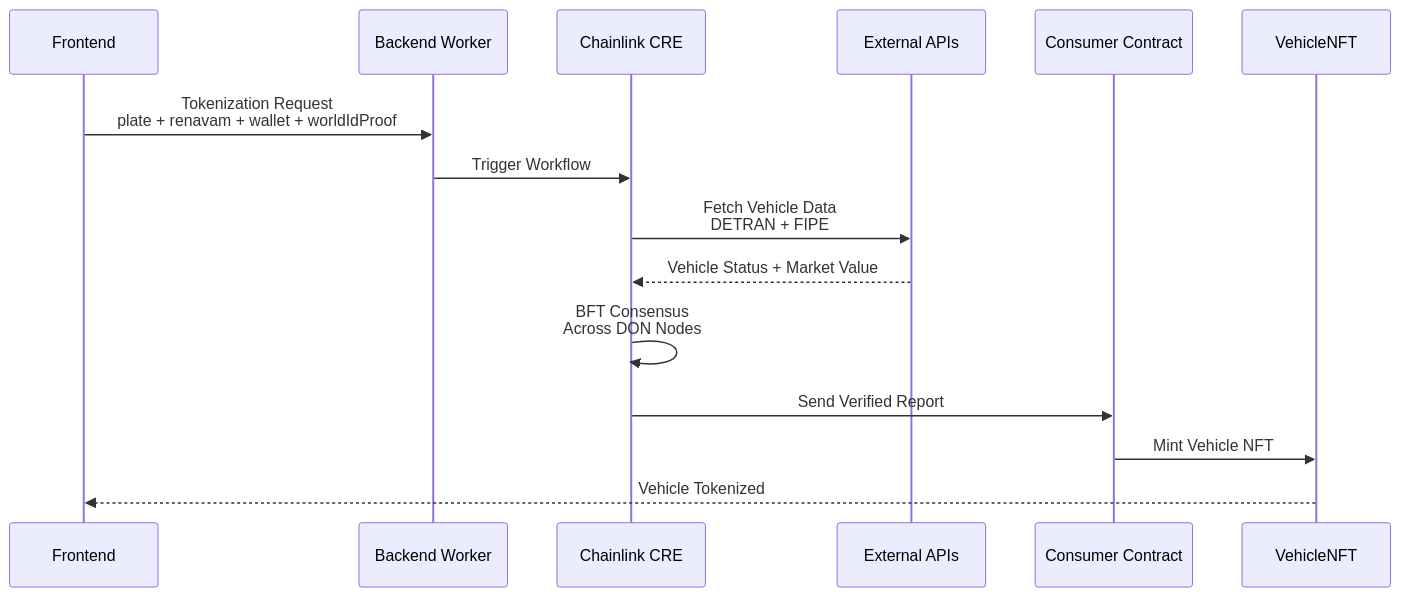
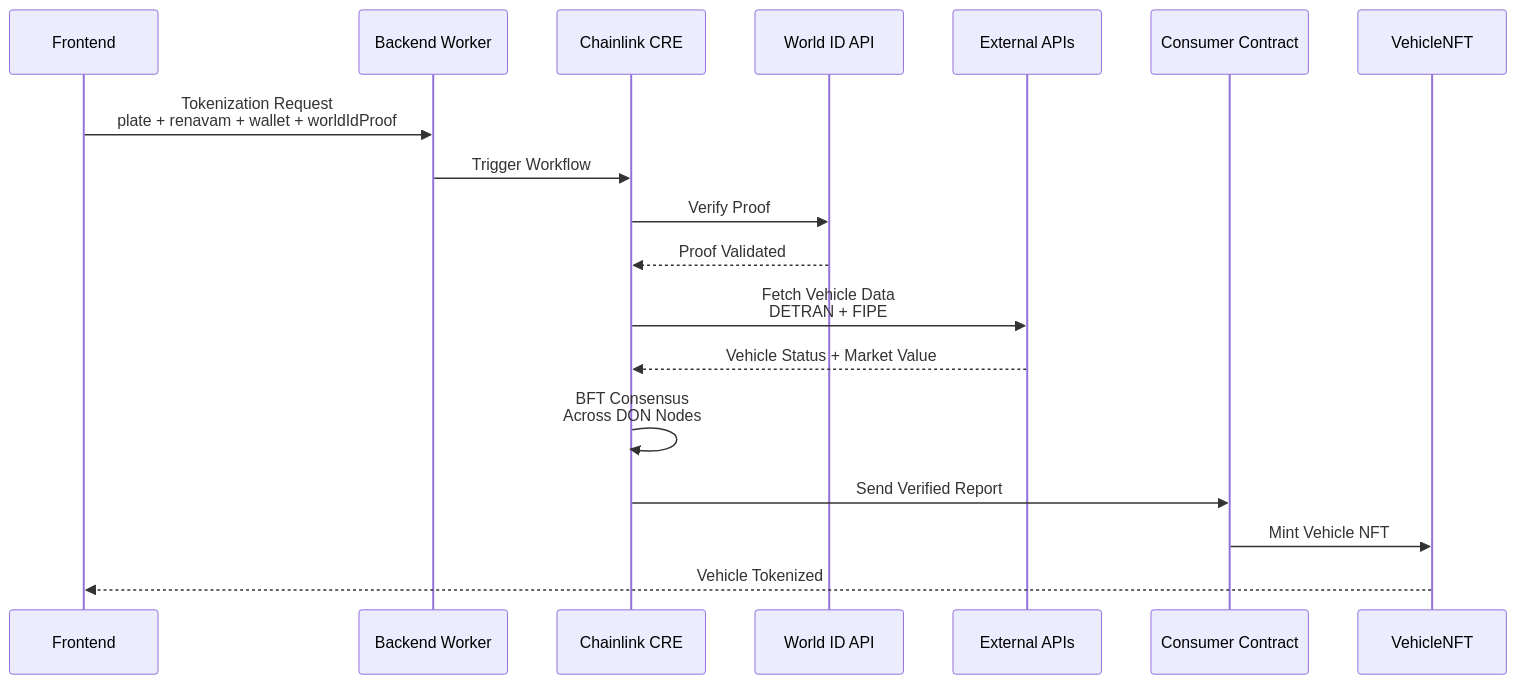
Before and after one commit to luizoamorim/rwa-chainlink-convergence: the second of 2 diagrams in README.md, drawn with Mermaid. The commit also changed 3 other files, not shown here.

````diff
--- a/README.md
+++ b/README.md
@@ -281,26 +281,31 @@
 ```mermaid
 sequenceDiagram
 
 participant FE as Frontend
 participant API as Backend Worker
 participant CRE as Chainlink CRE
+participant WorldID as World ID API
 participant Oracle as External APIs
 participant Consumer as Consumer Contract
 participant NFT as VehicleNFT
 
 FE->>API: Tokenization Request<br/>plate + renavam + wallet + worldIdProof
 
 API->>CRE: Trigger Workflow
+
+CRE->>WorldID: Verify Proof
+
+WorldID-->>CRE: Proof Validated
 
 CRE->>Oracle: Fetch Vehicle Data<br/>DETRAN + FIPE
 
 Oracle-->>CRE: Vehicle Status + Market Value
 
 CRE->>CRE: BFT Consensus<br/>Across DON Nodes
 
 CRE->>Consumer: Send Verified Report
 
 Consumer->>NFT: Mint Vehicle NFT
 
 NFT-->>FE: Vehicle Tokenized
 ```
````
